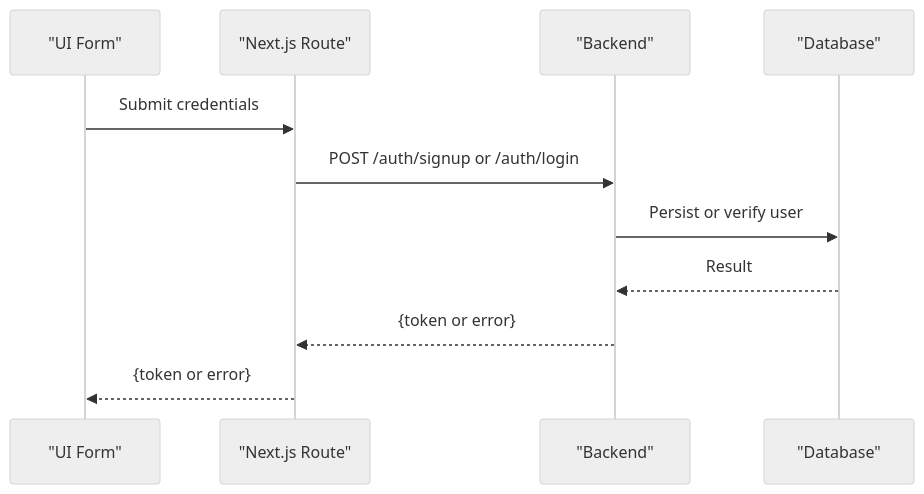
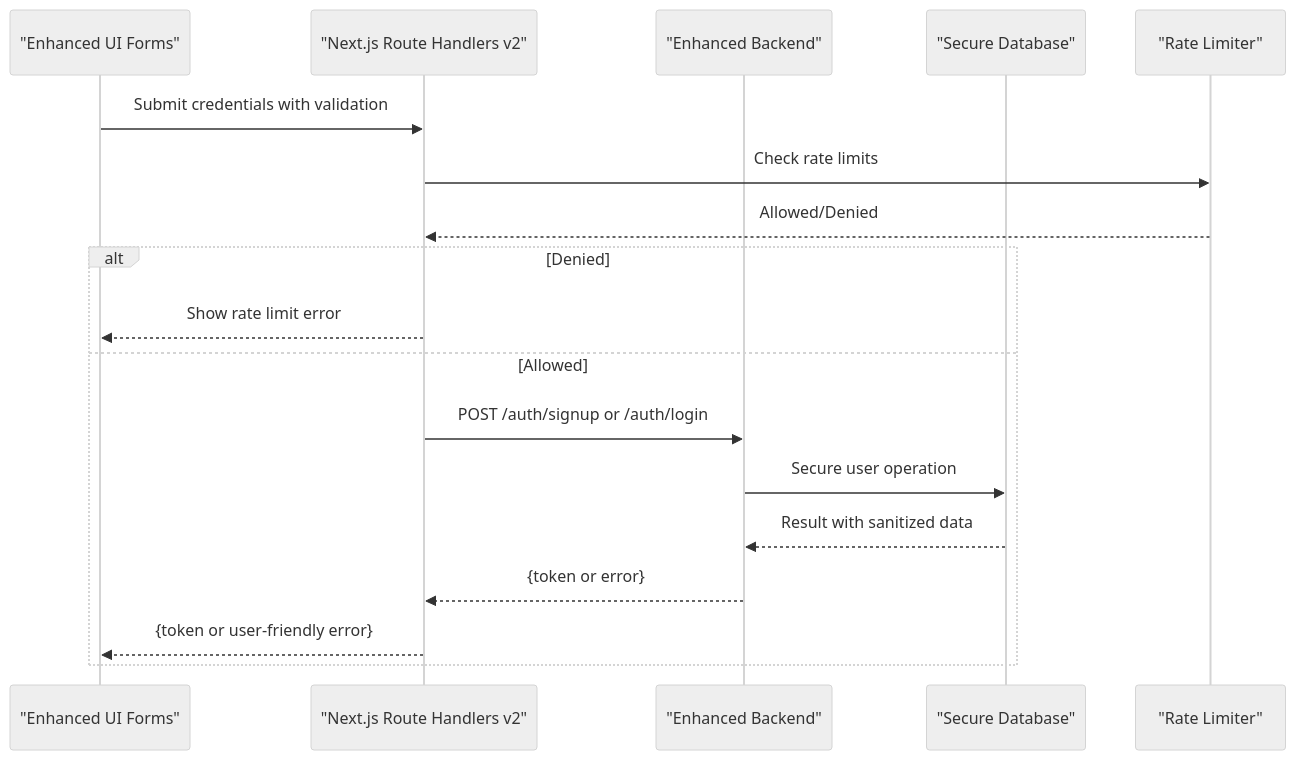
The sixth of 9 diagrams in .qoder/repowiki/en/content/Backend Architecture/Authentication & Authorization.md (HassanAmeer/cheaprouter), drawn with Mermaid (neutral theme) before and after one commit. The commit also changed other lines of this file and 54 other files, not shown here.

````diff
--- a/.qoder/repowiki/en/content/Backend Architecture/Authentication & Authorization.md
+++ b/.qoder/repowiki/en/content/Backend Architecture/Authentication & Authorization.md
@@ -260,13 +418,20 @@
 ```mermaid
 sequenceDiagram
-participant UI as "UI Form"
-participant FE as "Next.js Route"
-participant BE as "Backend"
-participant DB as "Database"
-UI->>FE : Submit credentials
+participant UI as "Enhanced UI Forms"
+participant FE as "Next.js Route Handlers v2"
+participant BE as "Enhanced Backend"
+participant DB as "Secure Database"
+participant RateLimit as "Rate Limiter"
+UI->>FE : Submit credentials with validation
+FE->>RateLimit : Check rate limits
+RateLimit-->>FE : Allowed/Denied
+alt Denied
+FE-->>UI : Show rate limit error
+else Allowed
 FE->>BE : POST /auth/signup or /auth/login
-BE->>DB : Persist or verify user
-DB-->>BE : Result
+BE->>DB : Secure user operation
+DB-->>BE : Result with sanitized data
 BE-->>FE : {token or error}
-FE-->>UI : {token or error}
+FE-->>UI : {token or user-friendly error}
+end
 ```
````
